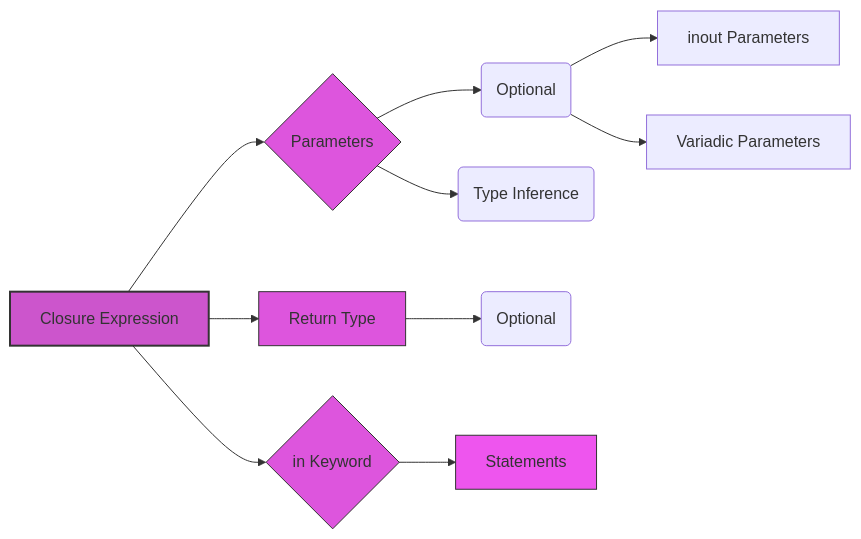
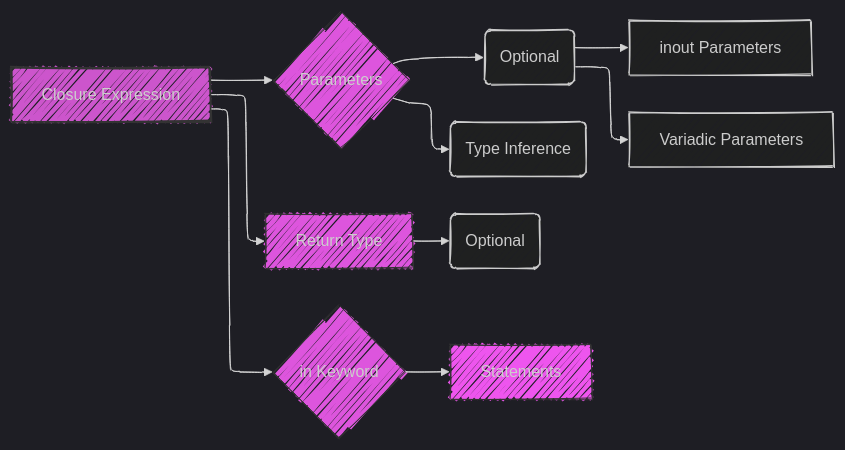
The first of 8 diagrams in Swift_Language/Closures.md (CongLeSolutionX/iOS-development-vault), drawn with Mermaid before and after one commit.

````diff
--- a/Swift_Language/Closures.md
+++ b/Swift_Language/Closures.md
@@ -28,19 +28,25 @@
 ```mermaid
+---
+config:
+  layout: elk
+  look: handDrawn
+  theme: dark
+---
 graph LR
     A[Closure Expression] --> B{Parameters};
     B --> C(Optional);
     C --> D[inout Parameters];
     C --> E[Variadic Parameters];
     B --> F(Type Inference);
     A --> G[Return Type];
     G --> H(Optional);
     A --> I{in Keyword};
     I --> J[Statements];
 
 style A fill:#c5cf,stroke:#333,stroke-width:2px;
 style B fill:#d5df,stroke:#333,stroke-width:1px;
 style G fill:#d5df,stroke:#333,stroke-width:1px;
 style I fill:#d5df,stroke:#333,stroke-width:1px;
 style J fill:#e5ef,stroke:#333,stroke-width:1px;
 
 ```
````
